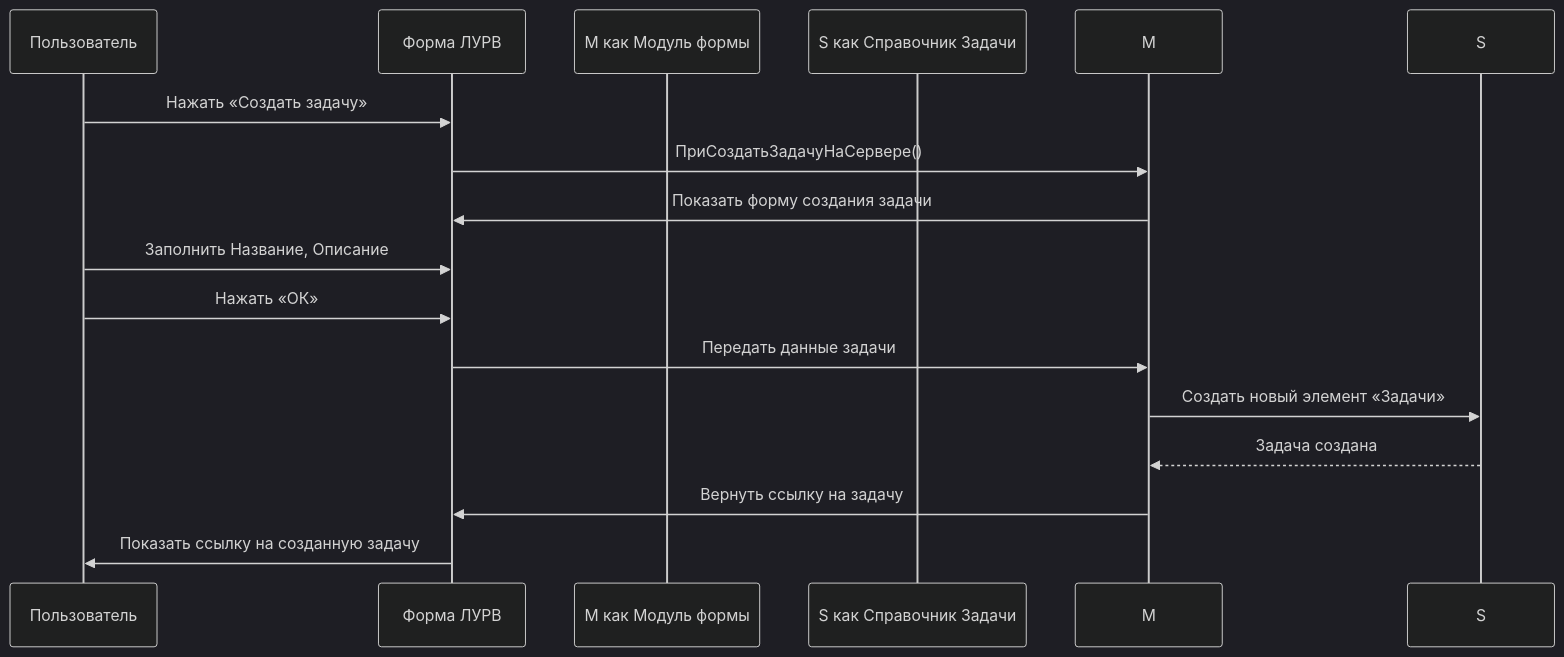
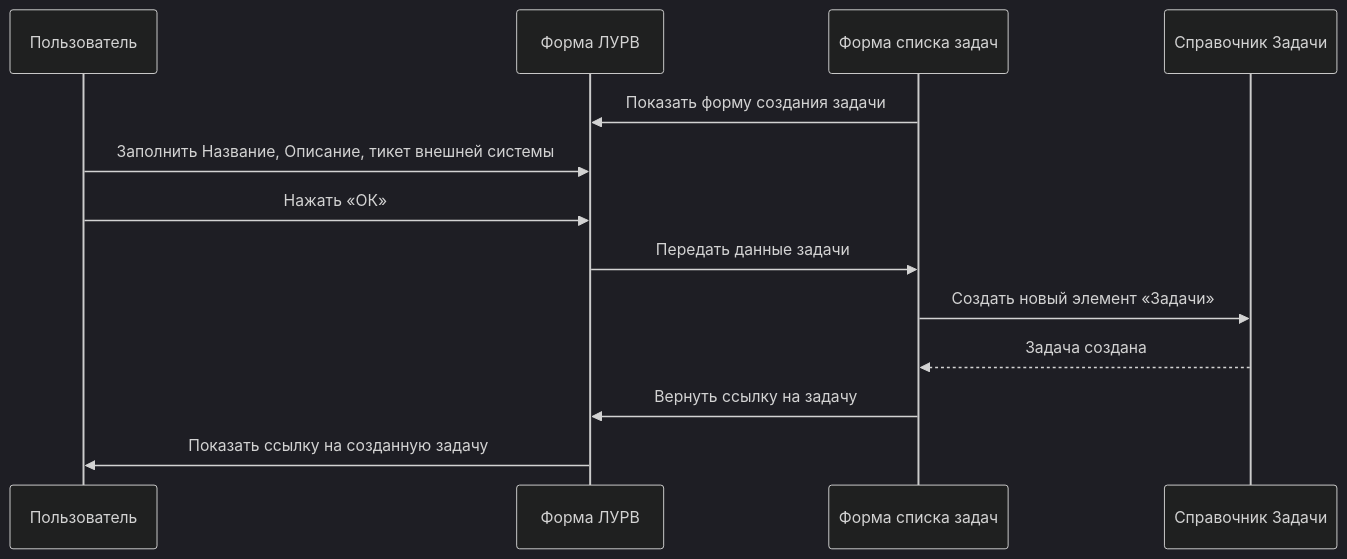
Before and after one commit to Ndochp/Multitool: the first of 5 diagrams in doc/MultitoolDoc/Таймтрекинг/ДеталиРеализации.md, drawn with Mermaid (dark theme). The commit also changed other lines of this file and 1 other file, not shown here.

````diff
--- a/doc/MultitoolDoc/Таймтрекинг/ДеталиРеализации.md
+++ b/doc/MultitoolDoc/Таймтрекинг/ДеталиРеализации.md
@@ -178,18 +180,16 @@
 ```mermaid
 sequenceDiagram
     participant U as Пользователь
     participant F as Форма ЛУРВ
-    participant M как Модуль формы
-    participant S как Справочник Задачи
+    participant M as Форма списка задач
+    participant S as Справочник Задачи
 
-    U->>F: Нажать «Создать задачу»
-    F->>M: ПриСоздатьЗадачуНаСервере()
     M->>F: Показать форму создания задачи
-    U->>F: Заполнить Название, Описание
+    U->>F: Заполнить Название, Описание, тикет внешней системы
     U->>F: Нажать «ОК»
     F->>M: Передать данные задачи
     M->>S: Создать новый элемент «Задачи»
     S-->>M: Задача создана
     M->>F: Вернуть ссылку на задачу
     F->>U: Показать ссылку на созданную задачу
 ```
````
